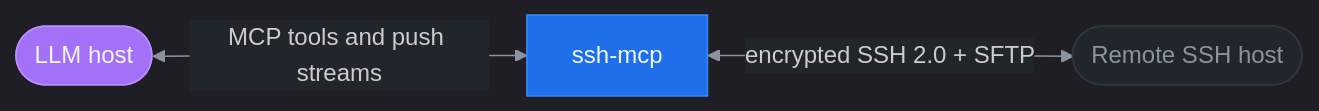
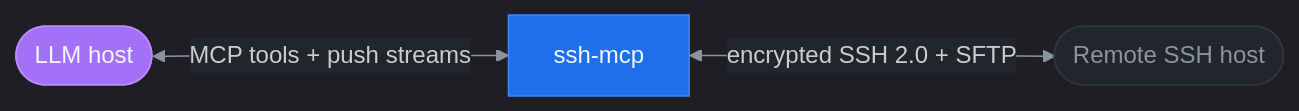
Before and after one commit to farchanjo/ssh-mcp: the first of 3 diagrams in README.md, drawn with Mermaid. The commit also changed other lines of this file, not shown here.

````diff
--- a/README.md
+++ b/README.md
@@ -19,17 +20,17 @@
 ```mermaid
 %%{init: {'theme':'dark','themeVariables':{'primaryColor':'#1f6feb','primaryTextColor':'#f0f6fc','primaryBorderColor':'#388bfd','lineColor':'#8b949e','secondaryColor':'#161b22','tertiaryColor':'#21262d','background':'#0d1117','mainBkg':'#161b22','secondBkg':'#21262d','tertiaryBkg':'#0d1117','nodeTextColor':'#f0f6fc','edgeLabelBackground':'#21262d','clusterBkg':'#161b22','clusterBorder':'#30363d','titleColor':'#f0f6fc'}}}%%
 flowchart LR
     LLM(["LLM host"])
     SM["ssh-mcp"]
     REM(["Remote SSH host"])
 
-    LLM <-->|MCP tools and push streams| SM
+    LLM <-->|MCP tools + push streams| SM
     SM <-->|encrypted SSH 2.0 + SFTP| REM
 
     classDef host fill:#a371f7,color:#f0f6fc,stroke:#bc8cff
     classDef core fill:#1f6feb,color:#f0f6fc,stroke:#388bfd
     classDef remote fill:#21262d,color:#8b949e,stroke:#30363d
     class LLM host
     class SM core
     class REM remote
 ```
````
